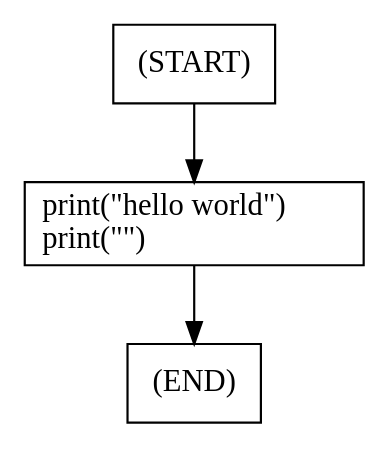
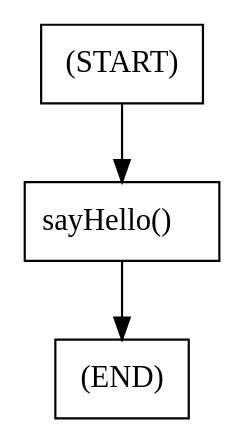
The diagram in control_flow.dot (U7nk/Language), drawn with Graphviz before and after one commit. The commit also changed 8 other files, not shown here.

```diff
--- a/control_flow.dot
+++ b/control_flow.dot
@@ -1,7 +1,7 @@
 digraph G {
   N0 [label="(START)" shape = box]
-  N1 [label="print(\"hello world\")\lprint(\"\")\l" shape = box]
+  N1 [label="sayHello()\l" shape = box]
   N2 [label="(END)" shape = box]
   N0 -> N1 [label=""] 
   N1 -> N2 [label=""] 
 }
```
